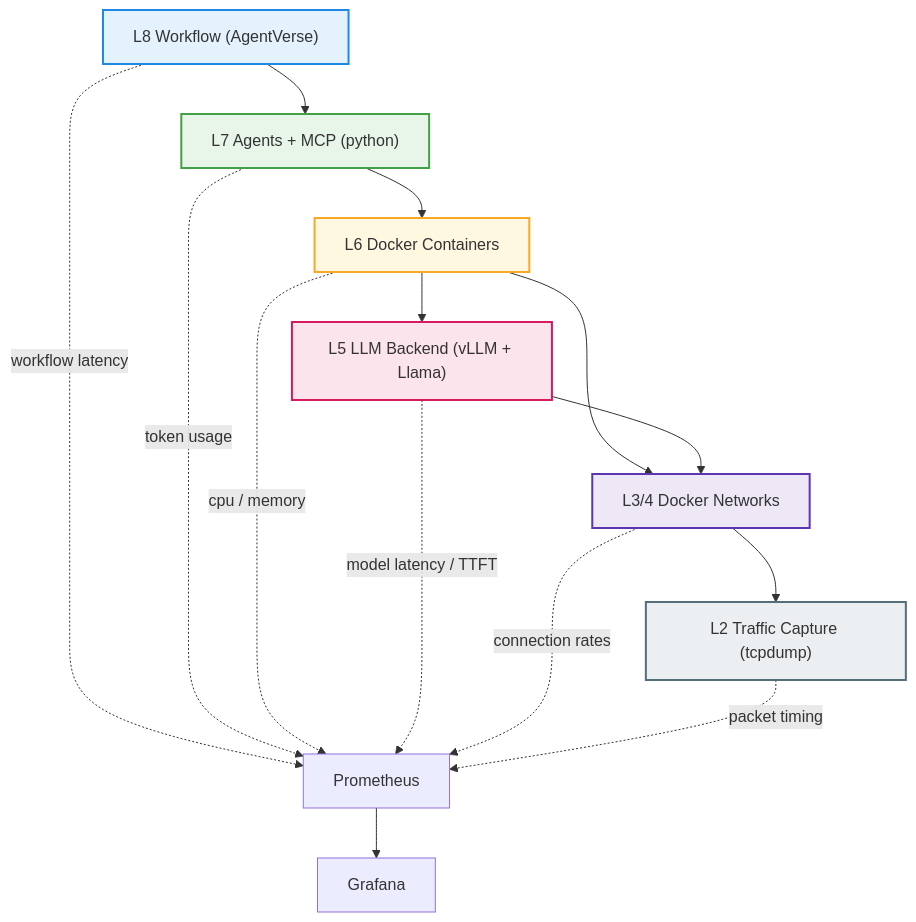
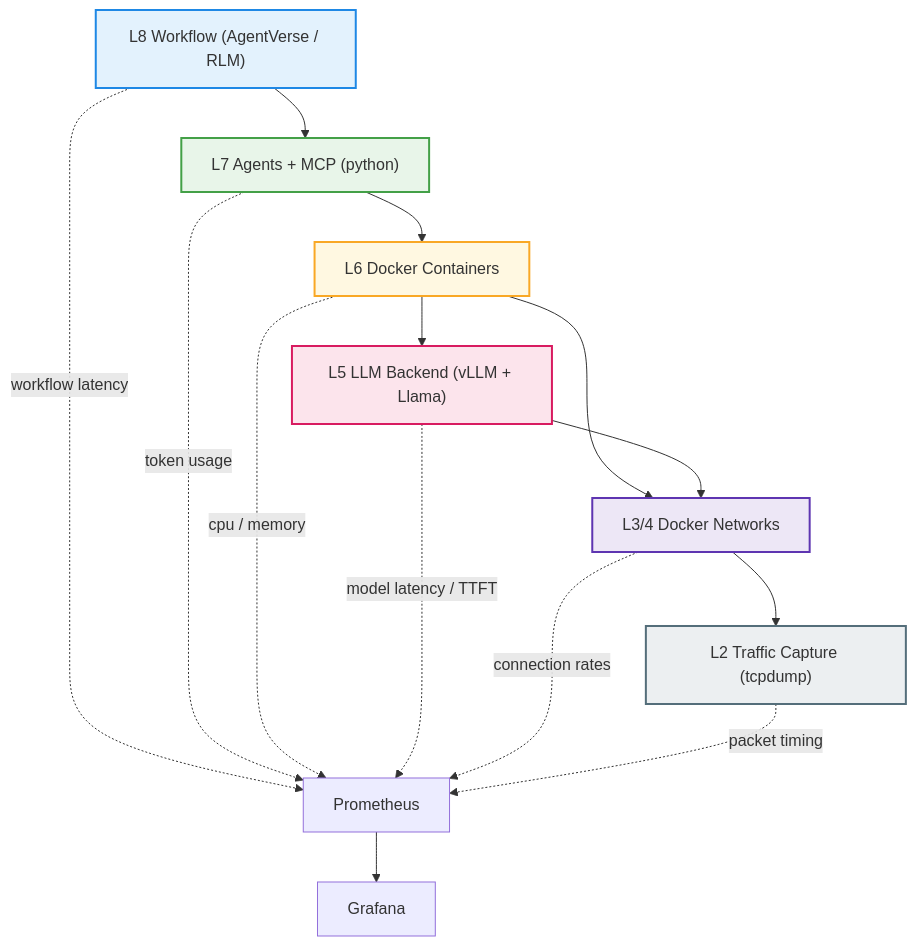
Before and after one commit to dlamagna/agentic-traffic-testing: the diagram in README.md, drawn with Mermaid. The commit also changed other lines of this file and 12 other files, not shown here.

````diff
--- a/README.md
+++ b/README.md
@@ -27,43 +27,43 @@
 ```mermaid
 flowchart TB
 
 %% LAYERS
-L8["L8 Workflow (AgentVerse)"]
+L8["L8 Workflow (AgentVerse / RLM)"]
 L7["L7 Agents + MCP (python)"]
 L6["L6 Docker Containers"]
 L5["L5 LLM Backend (vLLM + Llama)"]
 L34["L3/4 Docker Networks"]
 L2["L2 Traffic Capture (tcpdump)"]
 
 %% MAIN STACK
 L8 --> L7
 L7 --> L6
 L6 --> L5
 L34 --> L2
 
 %% NETWORK PATHS
 L6 --> L34
 L5 --> L34
 
 %% MONITORING
 PROM["Prometheus"]
 GRAF["Grafana"]
 
 PROM --> GRAF
 
 %% METRICS
 L8 -. workflow latency .-> PROM
 L7 -. token usage .-> PROM
 L6 -. cpu / memory .-> PROM
 L5 -. model latency / TTFT .-> PROM
 L34 -. connection rates .-> PROM
 L2 -. packet timing .-> PROM
 
 %% STYLING
 style L8 fill:#e3f2fd,stroke:#1e88e5,stroke-width:2px
 style L7 fill:#e8f5e9,stroke:#43a047,stroke-width:2px
 style L6 fill:#fff8e1,stroke:#f9a825,stroke-width:2px
 style L5 fill:#fce4ec,stroke:#d81b60,stroke-width:2px
 style L34 fill:#ede7f6,stroke:#5e35b1,stroke-width:2px
 style L2 fill:#eceff1,stroke:#546e7a,stroke-width:2px
 ```
````
